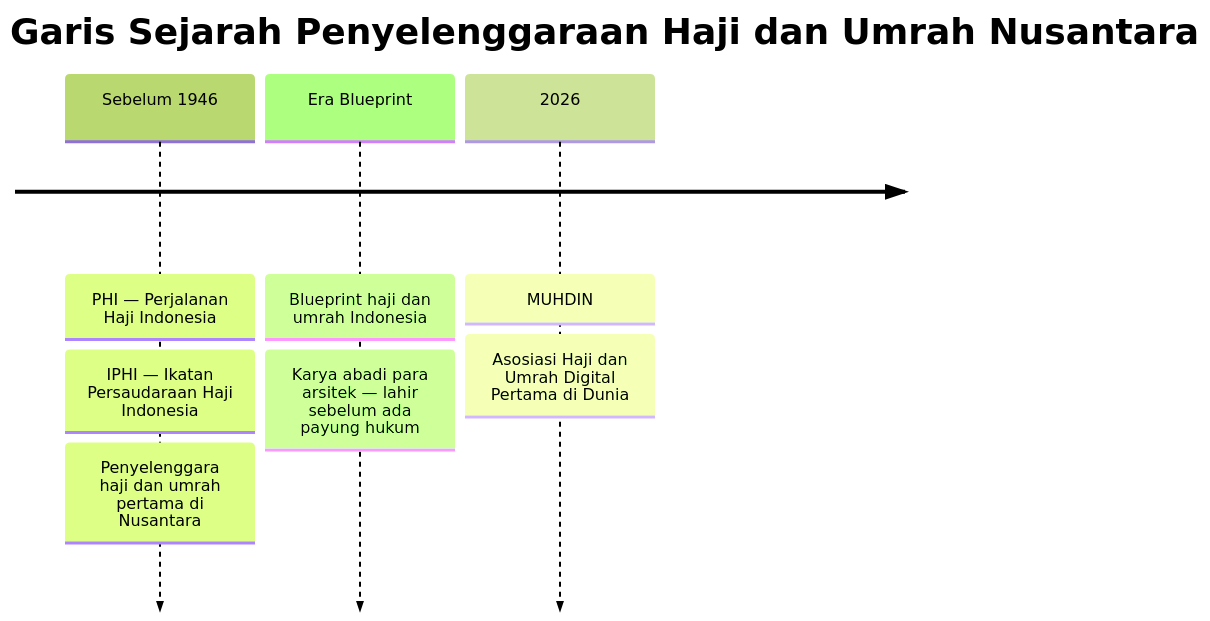
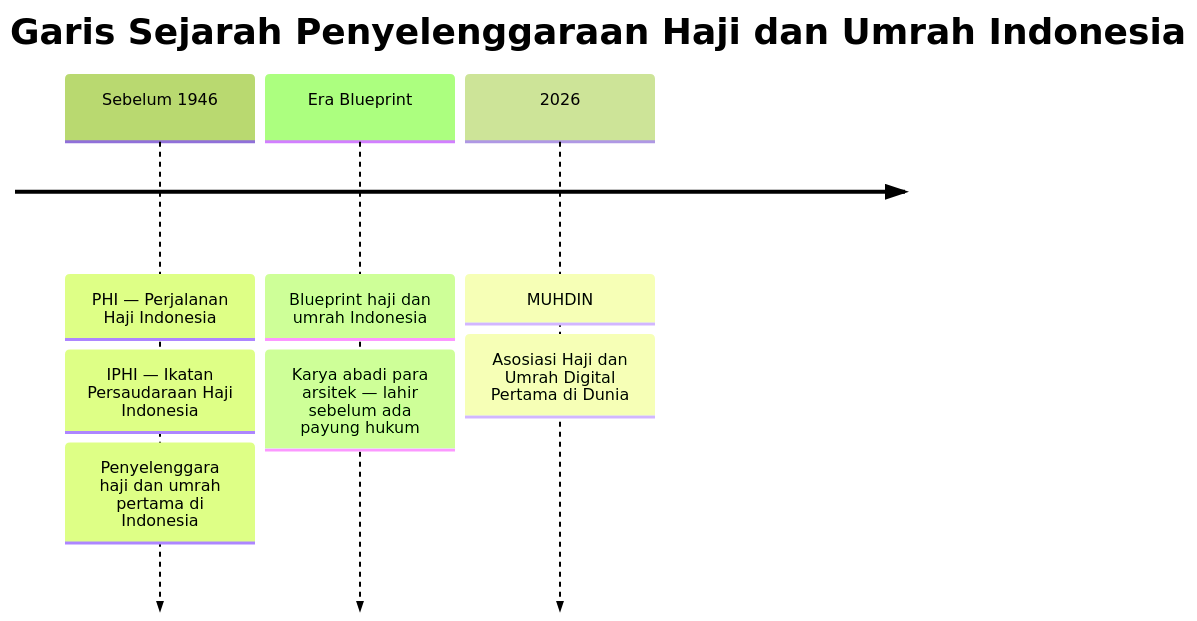
Before and after one commit to gunaracorp/muhdin: the first of 9 diagrams in README.md, drawn with Mermaid (forest theme). The commit also changed other lines of this file and 50 other files, not shown here.

````diff
--- a/README.md
+++ b/README.md
@@ -87,7 +87,7 @@
 ```mermaid
 timeline
-    title Garis Sejarah Penyelenggaraan Haji dan Umrah Nusantara
-    Sebelum 1946 : PHI — Perjalanan Haji Indonesia : IPHI — Ikatan Persaudaraan Haji Indonesia : Penyelenggara haji dan umrah pertama di Nusantara
+    title Garis Sejarah Penyelenggaraan Haji dan Umrah Indonesia
+    Sebelum 1946 : PHI — Perjalanan Haji Indonesia : IPHI — Ikatan Persaudaraan Haji Indonesia : Penyelenggara haji dan umrah pertama di Indonesia
     Era Blueprint : Blueprint haji dan umrah Indonesia : Karya abadi para arsitek — lahir sebelum ada payung hukum
     2026 : MUHDIN : Asosiasi Haji dan Umrah Digital Pertama di Dunia
 ```
````
